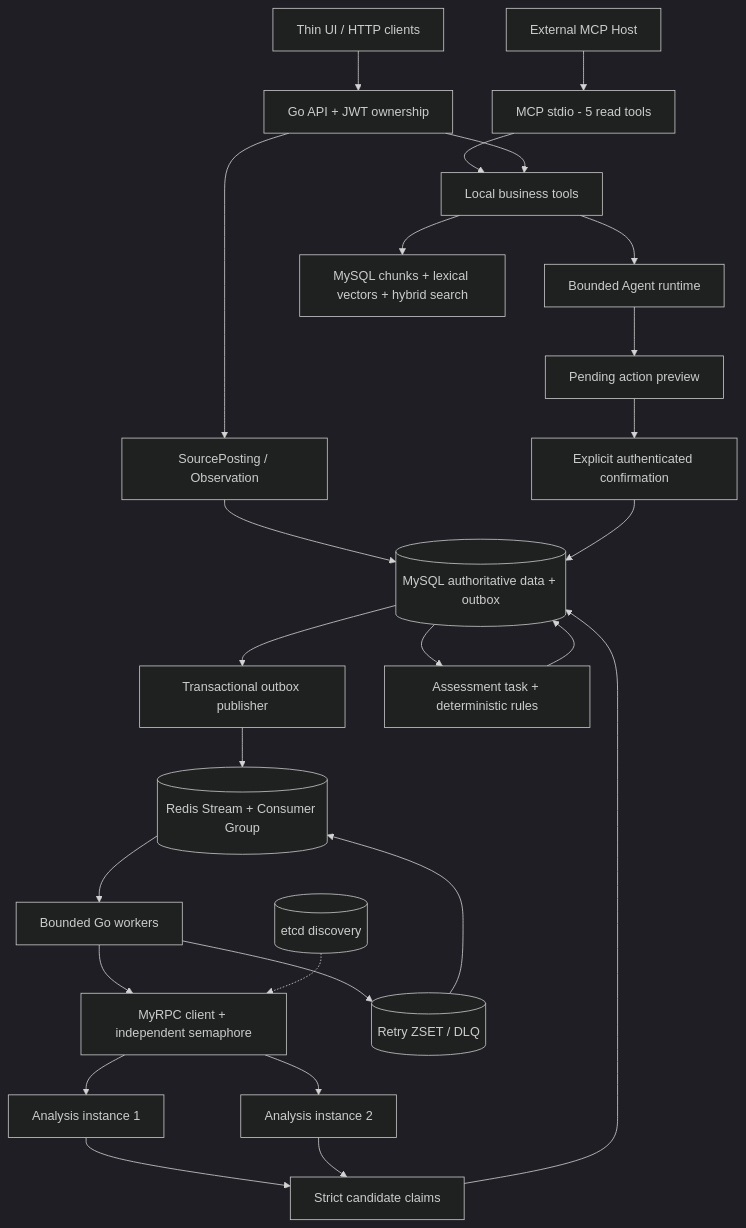
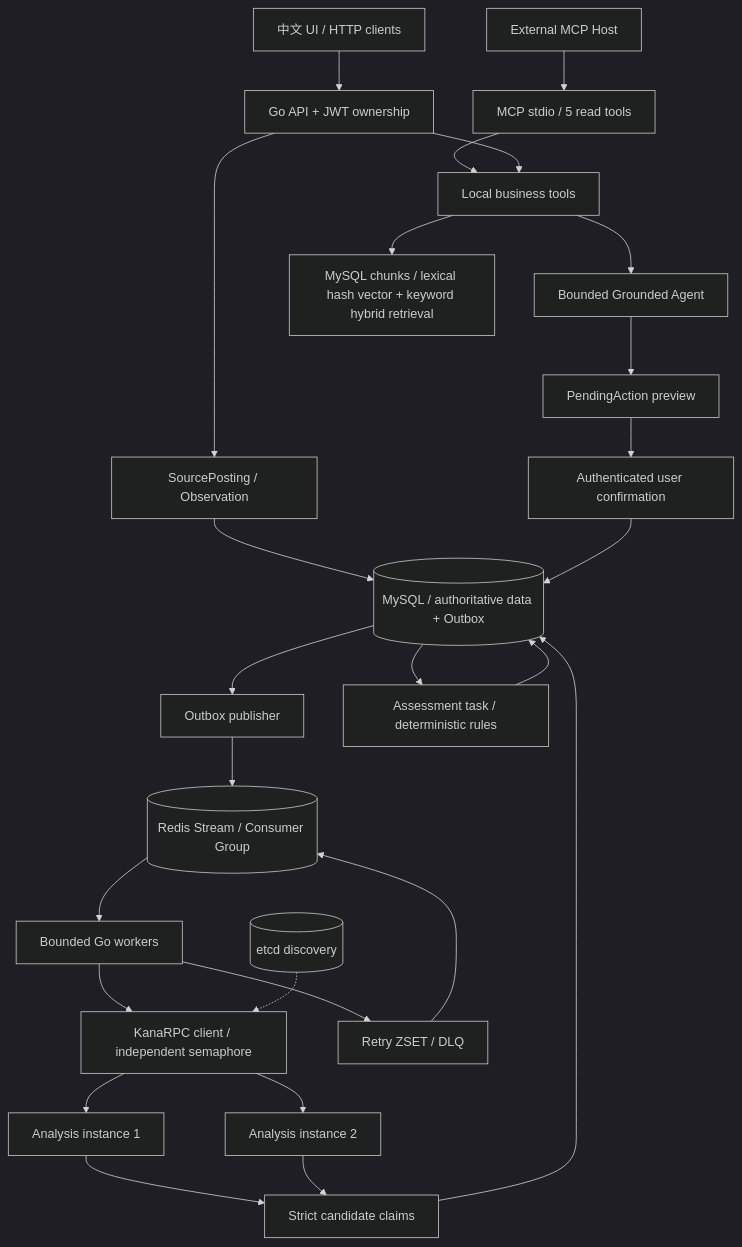
Before and after one commit to KanaDoodle/CampusTrace: the diagram in README.md, drawn with Mermaid (dark theme). The commit also changed other lines of this file and 1 other file, not shown here.

````diff
--- a/README.md
+++ b/README.md
@@ -19,28 +51,28 @@
 ```mermaid
 flowchart TD
-  UI[Thin UI / HTTP clients] --> API[Go API + JWT ownership]
-  Host[External MCP Host] --> MCP[MCP stdio - 5 read tools]
-  MCP --> Local[Local business tools]
-  API --> Local
+  UI[中文 UI / HTTP clients] --> API[Go API + JWT ownership]
+  Host[External MCP Host] --> MCP[MCP stdio / 5 read tools]
+  MCP --> Tools[Local business tools]
+  API --> Tools
   API --> O[SourcePosting / Observation]
-  O --> DB[(MySQL authoritative data + outbox)]
-  DB --> Publisher[Transactional outbox publisher]
-  Publisher --> Stream[(Redis Stream + Consumer Group)]
+  O --> DB[(MySQL / authoritative data + Outbox)]
+  DB --> Publisher[Outbox publisher]
+  Publisher --> Stream[(Redis Stream / Consumer Group)]
   Stream --> Worker[Bounded Go workers]
-  Worker --> RPC[MyRPC client + independent semaphore]
+  Worker --> RPC[KanaRPC client / independent semaphore]
+  Etcd[(etcd discovery)] -.-> RPC
   RPC --> A1[Analysis instance 1]
   RPC --> A2[Analysis instance 2]
-  Etcd[(etcd discovery)] -.-> RPC
   A1 --> Claims[Strict candidate claims]
   A2 --> Claims
   Claims --> DB
-  DB --> Assessment[Assessment task + deterministic rules]
-  Assessment --> DB
-  Worker --> Retry[(Retry ZSET / DLQ)]
+  DB --> Rules[Assessment task / deterministic rules]
+  Rules --> DB
+  Worker --> Retry[Retry ZSET / DLQ]
   Retry --> Stream
-  Local --> Agent[Bounded Agent runtime]
-  Agent --> Pending[Pending action preview]
-  Pending --> Confirm[Explicit authenticated confirmation]
+  Tools --> Agent[Bounded Grounded Agent]
+  Agent --> Pending[PendingAction preview]
+  Pending --> Confirm[Authenticated user confirmation]
   Confirm --> DB
-  Local --> RAG[MySQL chunks + lexical vectors + hybrid search]
+  Tools --> RAG[MySQL chunks / lexical hash vector + keyword hybrid retrieval]
 ```
````
